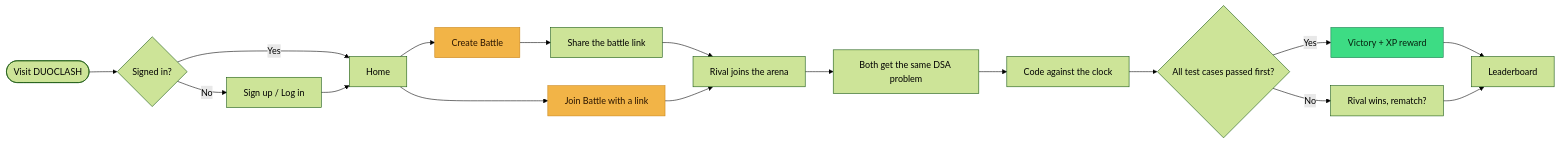
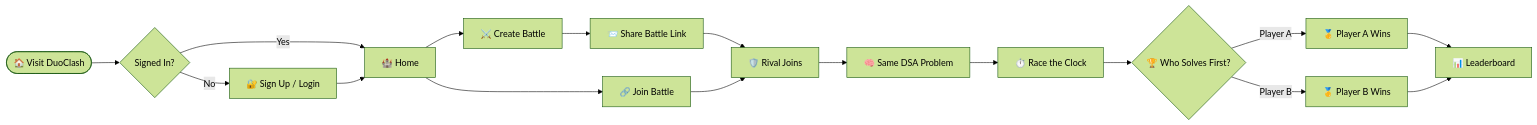
One commit to Ruchitra-Jasmatiya/DuoClash changed the first of 4 diagrams in README.md. Above: the diagram before and after it, drawn with Mermaid (forest theme). The commit also changed other lines of this file, not shown here.

````diff
--- a/README.md
+++ b/README.md
@@ -71,24 +148,31 @@
 ```mermaid
 flowchart LR
-    A(["Visit DUOCLASH"]) --> B{"Signed in?"}
-    B -- "No" --> C["Sign up / Log in"]
-    B -- "Yes" --> D["Home"]
-    C --> D
-    D --> E["Create Battle"]
-    D --> F["Join Battle with a link"]
-    E --> G["Share the battle link"]
-    G --> H["Rival joins the arena"]
-    F --> H
-    H --> I["Both get the same DSA problem"]
-    I --> J["Code against the clock"]
-    J --> K{"All test cases passed first?"}
-    K -- "Yes" --> L["Victory + XP reward"]
-    K -- "No" --> M["Rival wins, rematch?"]
-    L --> N["Leaderboard"]
-    M --> N
 
-    classDef action fill:#f2b447,stroke:#c98418,color:#2a1500;
-    classDef win fill:#3ddc84,stroke:#1c7a4f,color:#06210f;
-    class E,F action;
-    class L win;
+A(["🏠 Visit DuoClash"])
+--> B{"Signed In?"}
+
+B -->|No| C["🔐 Sign Up / Login"]
+B -->|Yes| D["🏰 Home"]
+
+C --> D
+
+D --> E["⚔️ Create Battle"]
+D --> F["🔗 Join Battle"]
+
+E --> G["📨 Share Battle Link"]
+G --> H["🛡️ Rival Joins"]
+
+F --> H
+
+H --> I["🧠 Same DSA Problem"]
+
+I --> J["⏱️ Race the Clock"]
+
+J --> K{"🏆 Who Solves First?"}
+
+K -->|Player A| L["🥇 Player A Wins"]
+K -->|Player B| M["🥇 Player B Wins"]
+
+L --> N["📊 Leaderboard"]
+M --> N
 ```
````
